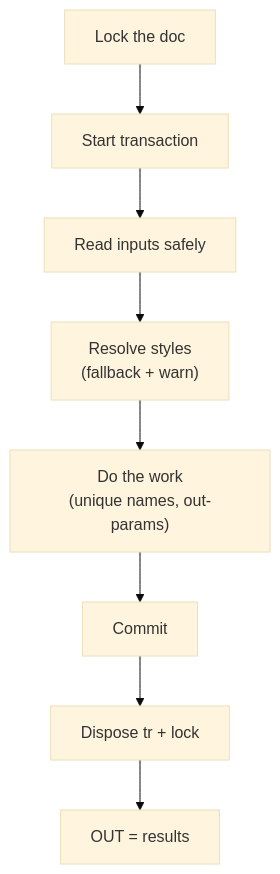
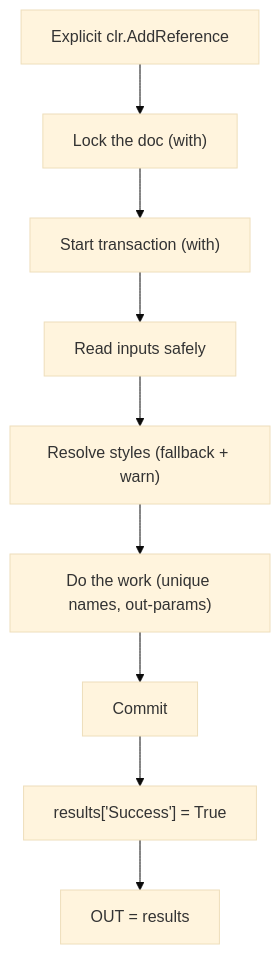
The second of 2 diagrams in docs/cookbook.md (PrathamGitHub/dynamo-python-node-docs-v1), drawn with Mermaid (base theme) before and after one commit. The commit also changed other lines of this file and 5 other files, not shown here.

First line of the commit message:
Refactor documentation to standardize results schema and improve context management examples

````diff
--- a/docs/cookbook.md
+++ b/docs/cookbook.md
@@ -213,10 +425,11 @@
 ```mermaid
 flowchart TD
-    A["Lock the doc"] --> B["Start transaction"]
-    B --> C["Read inputs safely"]
-    C --> D["Resolve styles<br/>(fallback + warn)"]
-    D --> E["Do the work<br/>(unique names, out-params)"]
-    E --> F["Commit"]
-    F --> G["Dispose tr + lock"]
-    G --> H["OUT = results"]
+    A["Explicit clr.AddReference"] --> B["Lock the doc (with)"]
+    B --> C["Start transaction (with)"]
+    C --> D["Read inputs safely"]
+    D --> E["Resolve styles (fallback + warn)"]
+    E --> F["Do the work (unique names, out-params)"]
+    F --> G["Commit"]
+    G --> H["results['Success'] = True"]
+    H --> I["OUT = results"]
 ```
````
